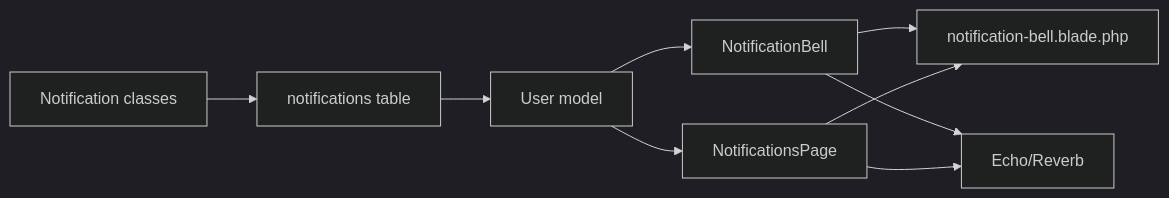
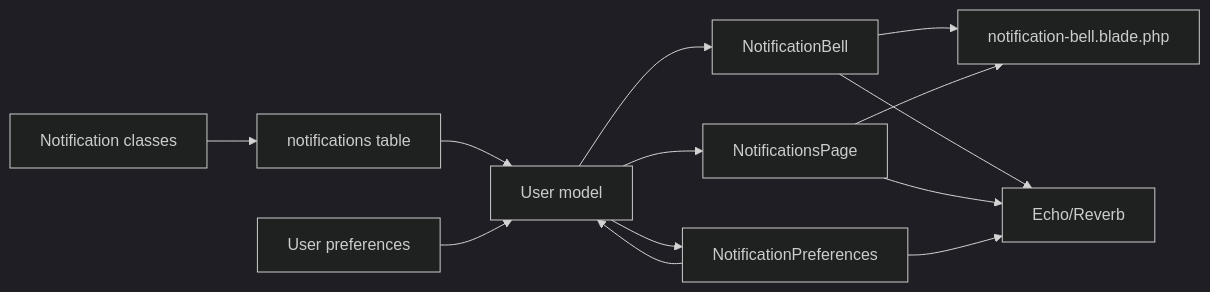
Before and after one commit to younesgamer68/helpdesk-system: the ninth of 9 diagrams in .qoder/repowiki/en/content/Real-time Communication/Notification System.md, drawn with Mermaid (dark theme). The commit also changed other lines of this file and 12 other files, not shown here.

````diff
--- a/.qoder/repowiki/en/content/Real-time Communication/Notification System.md
+++ b/.qoder/repowiki/en/content/Real-time Communication/Notification System.md
@@ -424,11 +629,15 @@
 ```mermaid
 graph LR
 User["User model"] --> NB["NotificationBell"]
 User --> NP["NotificationsPage"]
+User --> NPP["NotificationPreferences"]
 NB --> NBView["notification-bell.blade.php"]
 NP --> NBView
+NPP --> User
 NB --> Echo["Echo/Reverb"]
 NP --> Echo
+NPP --> Echo
 Notifs["Notification classes"] --> DB["notifications table"]
 DB --> User
+Prefs["User preferences"] --> User
 ```
````
